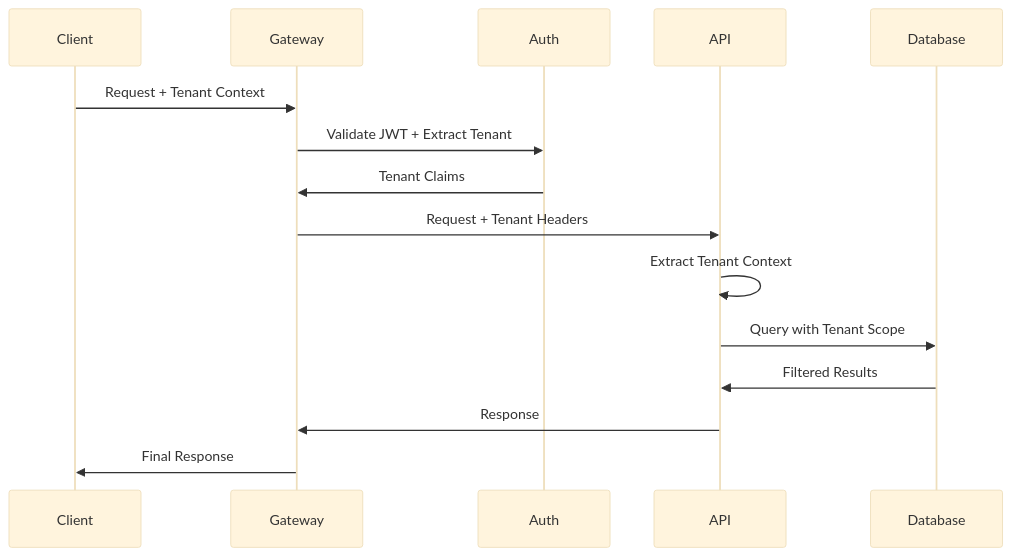
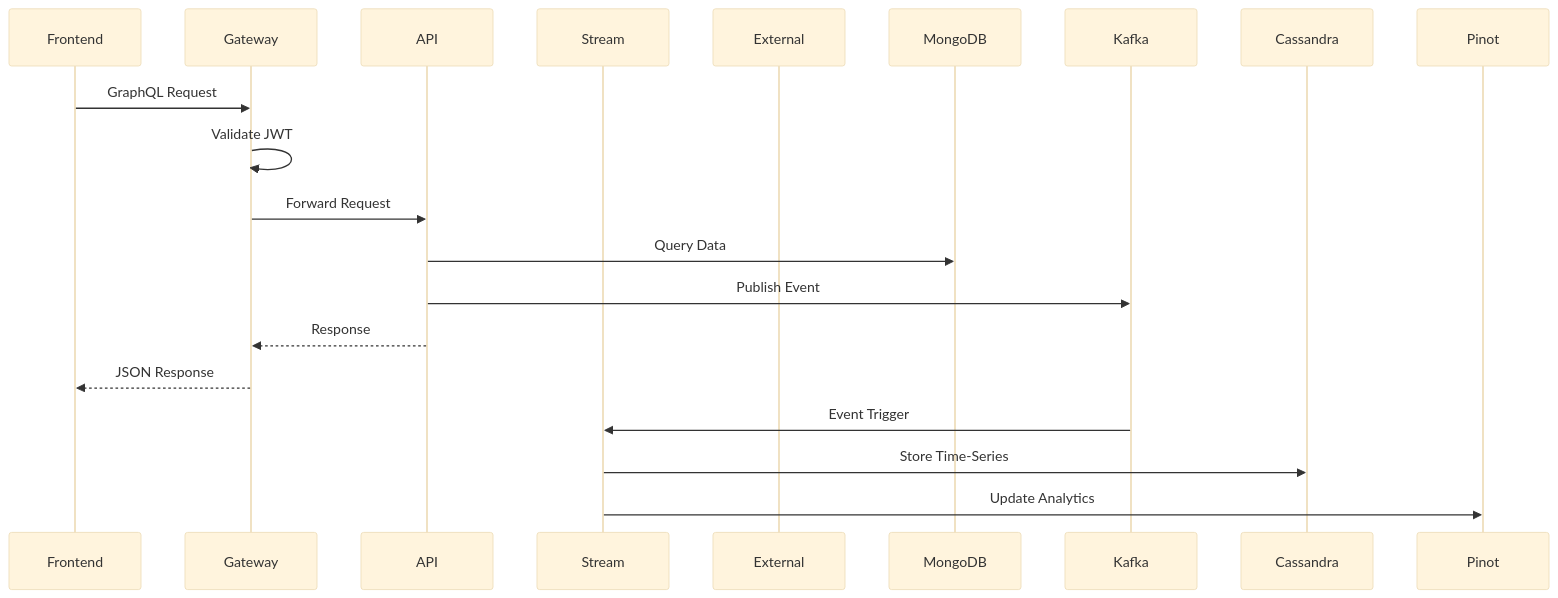
The second of 9 diagrams in docs/development/architecture/README.md (Praesto-Pro/openframe-oss-tenant), drawn with Mermaid (base theme) before and after one commit. The commit also changed other lines of this file and 344 other files, not shown here.

````diff
--- a/docs/development/architecture/README.md
+++ b/docs/development/architecture/README.md
@@ -144,18 +104,20 @@
 ```mermaid
 sequenceDiagram
-    participant Client
+    participant Frontend
     participant Gateway
-    participant Auth
     participant API
-    participant DB as Database
+    participant Stream
+    participant External
     
-    Client->>Gateway: Request + Tenant Context
-    Gateway->>Auth: Validate JWT + Extract Tenant
-    Auth->>Gateway: Tenant Claims
-    Gateway->>API: Request + Tenant Headers
-    API->>API: Extract Tenant Context
-    API->>DB: Query with Tenant Scope
-    DB->>API: Filtered Results
-    API->>Gateway: Response
-    Gateway->>Client: Final Response
+    Frontend->>Gateway: GraphQL Request
+    Gateway->>Gateway: Validate JWT
+    Gateway->>API: Forward Request
+    API->>MongoDB: Query Data
+    API->>Kafka: Publish Event
+    API-->>Gateway: Response
+    Gateway-->>Frontend: JSON Response
+    
+    Kafka->>Stream: Event Trigger
+    Stream->>Cassandra: Store Time-Series
+    Stream->>Pinot: Update Analytics
 ```
````
